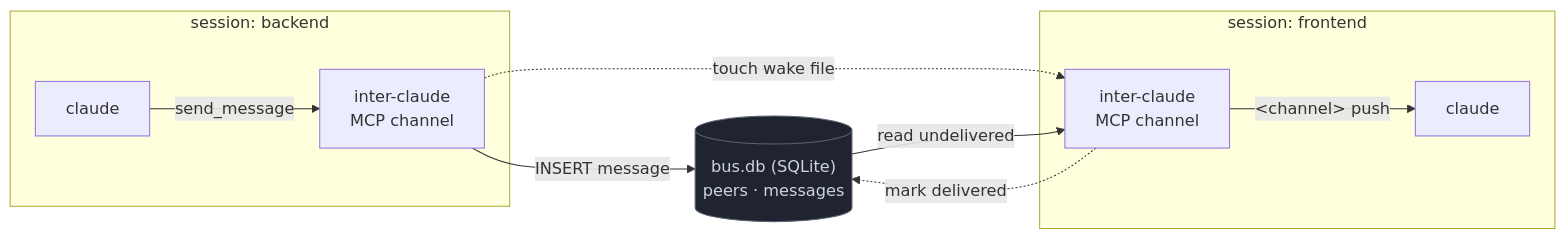
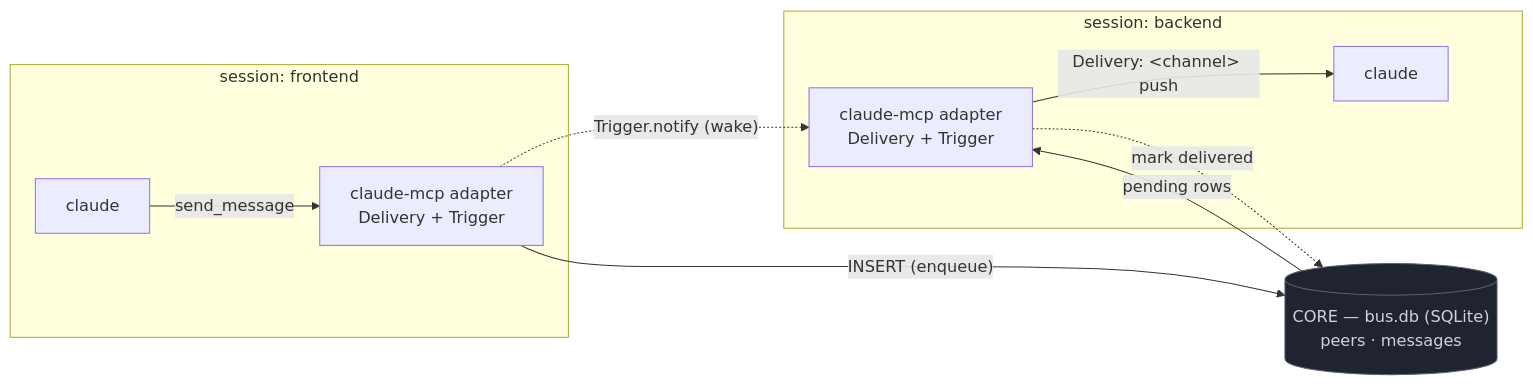
The diagram in README.md (biswajitpatra/inter-claude-channels), drawn with Mermaid before and after one commit. The commit also changed other lines of this file and 30 other files, not shown here.

````diff
--- a/README.md
+++ b/README.md
@@ -14,22 +19,22 @@
 ```mermaid
 flowchart LR
-    subgraph B["session: backend"]
-        BC["claude"]
-        BS["inter-claude<br/>MCP channel"]
+    subgraph S2["session: backend"]
+        C2["claude"]
+        A2["claude-mcp adapter<br/>Delivery + Trigger"]
     end
-    subgraph F["session: frontend"]
-        FS["inter-claude<br/>MCP channel"]
-        FC["claude"]
+    subgraph S1["session: frontend"]
+        A1["claude-mcp adapter<br/>Delivery + Trigger"]
+        C1["claude"]
     end
-    DB[("bus.db (SQLite)<br/>peers · messages")]
+    DB[("CORE — bus.db (SQLite)<br/>peers · messages")]
 
-    BC -- "send_message" --> BS
-    BS -- "INSERT message" --> DB
-    BS -. "touch wake file" .-> FS
-    DB -- "read undelivered" --> FS
-    FS -- "&lt;channel&gt; push" --> FC
-    FS -. "mark delivered" .-> DB
+    C1 -- "send_message" --> A1
+    A1 -- "INSERT (enqueue)" --> DB
+    A1 -. "Trigger.notify (wake)" .-> A2
+    DB -- "pending rows" --> A2
+    A2 -- "Delivery: &lt;channel&gt; push" --> C2
+    A2 -. "mark delivered" .-> DB
 
     classDef db fill:#1f2430,stroke:#5b6273,color:#cdd3e0;
     class DB db;
 ```
````
